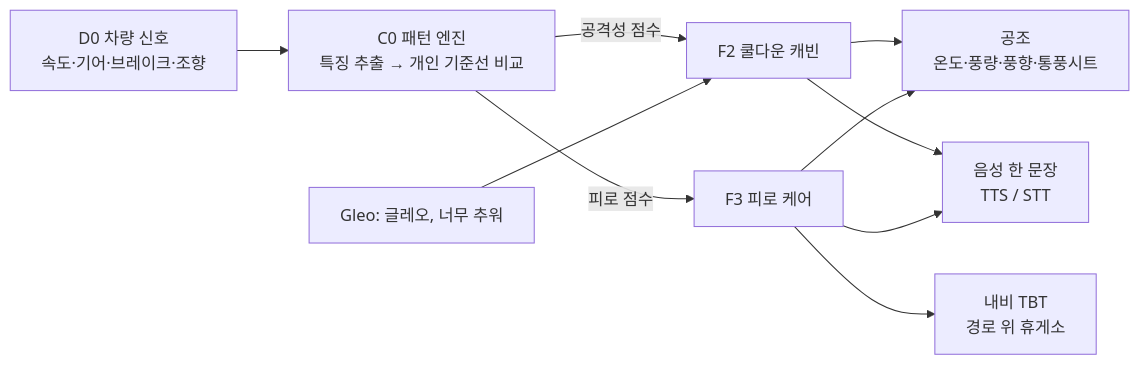
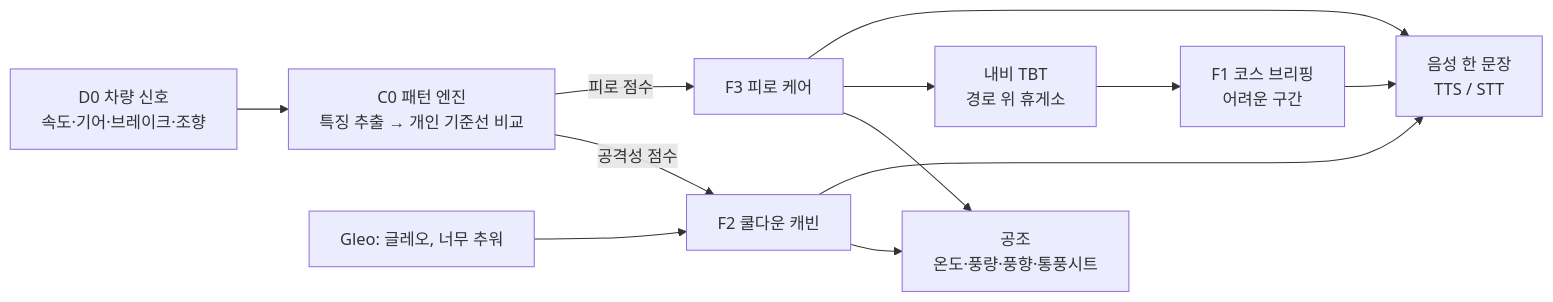
One commit to CoolDownTeam/cooldown-copilot changed the diagram in README.md. Above: the diagram before and after it, drawn with Mermaid. The commit also changed other lines of this file and 1 other file, not shown here.

````diff
--- a/README.md
+++ b/README.md
@@ -87,11 +87,13 @@
 ```mermaid
 flowchart LR
     D0["D0 차량 신호<br/>속도·기어·브레이크·조향"] --> C0["C0 패턴 엔진<br/>특징 추출 → 개인 기준선 비교"]
     C0 -->|공격성 점수| F2["F2 쿨다운 캐빈"]
     C0 -->|피로 점수| F3["F3 피로 케어"]
     F2 --> HVAC["공조<br/>온도·풍량·풍향·통풍시트"]
     F3 --> HVAC
     F3 --> NAVI["내비 TBT<br/>경로 위 휴게소"]
     F2 & F3 --> VOICE["음성 한 문장<br/>TTS / STT"]
     GLEO["Gleo: 글레오, 너무 추워"] --> F2
+    NAVI --> F1["F1 코스 브리핑<br/>어려운 구간"]
+    F1 --> VOICE
 ```
````
